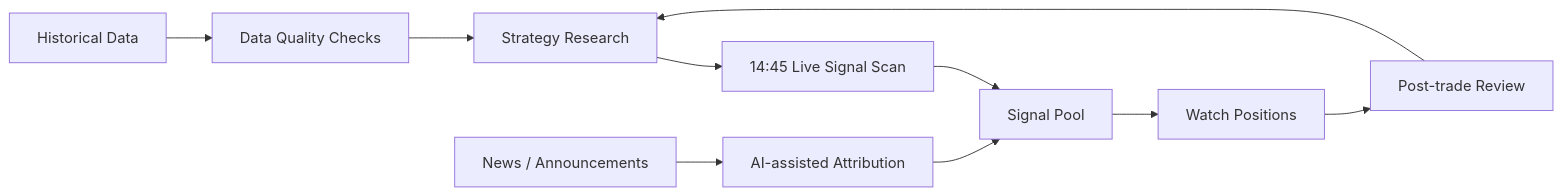
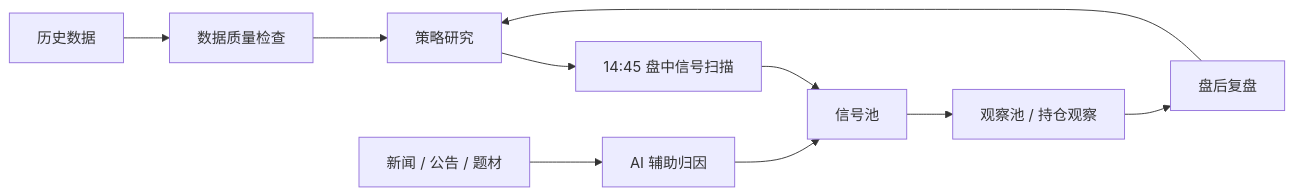
The diagram in README.md (JJSSsh/a-share-ai-quant-workbench-public), drawn with Mermaid before and after one commit. The commit also changed other lines of this file and 1 other file, not shown here.

````diff
--- a/README.md
+++ b/README.md
@@ -18,13 +20,13 @@
 ```mermaid
 flowchart LR
-    A[Historical Data] --> B[Data Quality Checks]
-    B --> C[Strategy Research]
-    C --> D[14:45 Live Signal Scan]
-    D --> E[Signal Pool]
-    E --> F[Watch Positions]
-    F --> G[Post-trade Review]
+    A[历史数据] --> B[数据质量检查]
+    B --> C[策略研究]
+    C --> D[14:45 盘中信号扫描]
+    D --> E[信号池]
+    E --> F[观察池 / 持仓观察]
+    F --> G[盘后复盘]
     G --> C
 
-    N[News / Announcements] --> H[AI-assisted Attribution]
+    N[新闻 / 公告 / 题材] --> H[AI 辅助归因]
     H --> E
 ```
````
